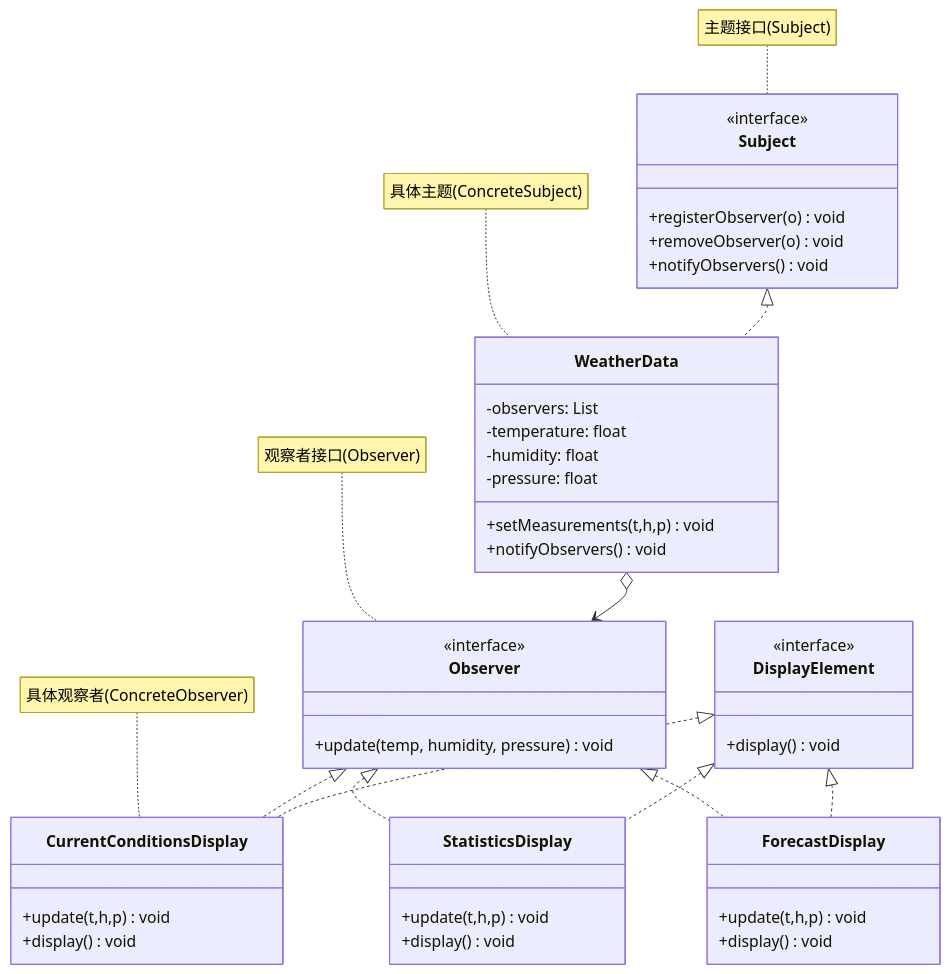
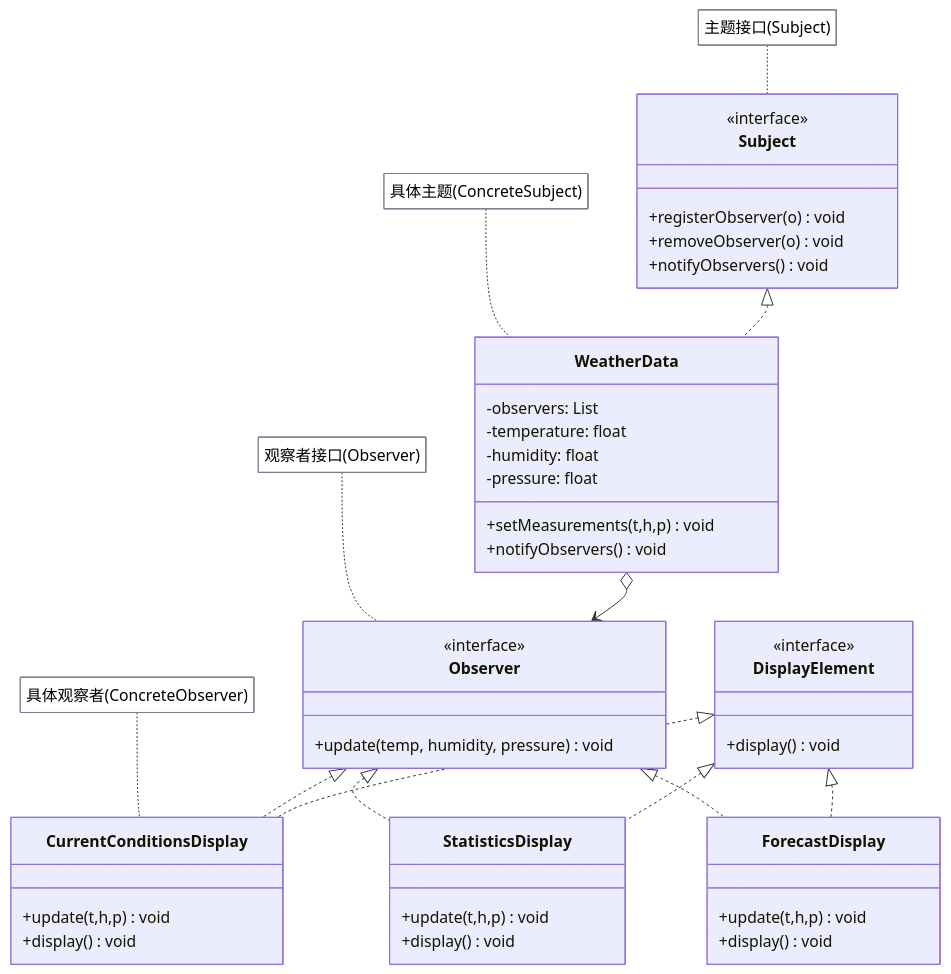
One commit to luguosong/programming-notes changed the diagram in docs/topic/design-patterns/behavioral-patterns/observer/index.md. Above: the diagram before and after it, drawn with Mermaid. The commit also changed 25 other files, not shown here.

````diff
--- a/docs/topic/design-patterns/behavioral-patterns/observer/index.md
+++ b/docs/topic/design-patterns/behavioral-patterns/observer/index.md
@@ -35,50 +35,51 @@
 ```mermaid
+%%{init: {'themeVariables': {'noteBkgColor': 'transparent', 'noteBorderColor': '#768390'}}}%%
 classDiagram
     classDef default fill:transparent,stroke:#768390
     class Subject {
         <<interface>>
         +registerObserver(o) void
         +removeObserver(o) void
         +notifyObservers() void
     }
     class Observer {
         <<interface>>
         +update(temp, humidity, pressure) void
     }
     class DisplayElement {
         <<interface>>
         +display() void
     }
     class WeatherData {
         -observers: List
         -temperature: float
         -humidity: float
         -pressure: float
         +setMeasurements(t,h,p) void
         +notifyObservers() void
     }
     class CurrentConditionsDisplay {
         +update(t,h,p) void
         +display() void
     }
     class StatisticsDisplay {
         +update(t,h,p) void
         +display() void
     }
     class ForecastDisplay {
         +update(t,h,p) void
         +display() void
     }
     Subject <|.. WeatherData
     Observer <|.. CurrentConditionsDisplay
     Observer <|.. StatisticsDisplay
     Observer <|.. ForecastDisplay
     DisplayElement <|.. CurrentConditionsDisplay
     DisplayElement <|.. StatisticsDisplay
     DisplayElement <|.. ForecastDisplay
     WeatherData o--> Observer
     note for Subject "主题接口(Subject)"
     note for Observer "观察者接口(Observer)"
     note for WeatherData "具体主题(ConcreteSubject)"
     note for CurrentConditionsDisplay "具体观察者(ConcreteObserver)"
 ```
````
